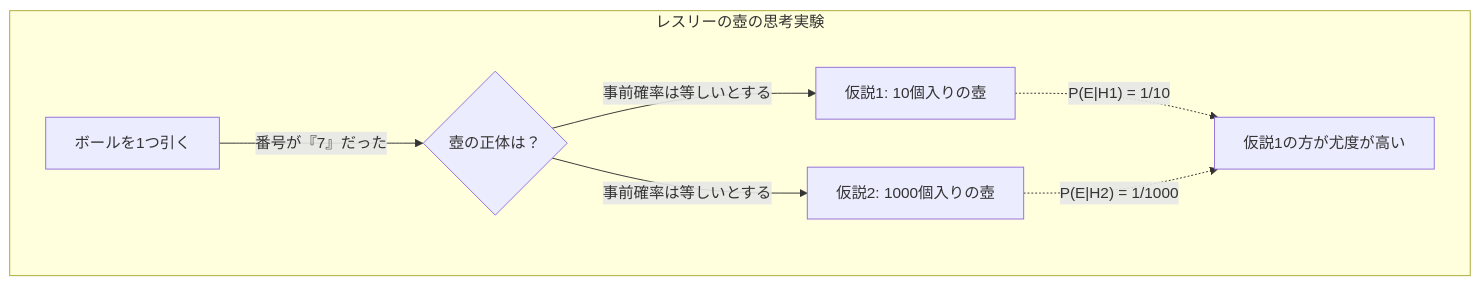
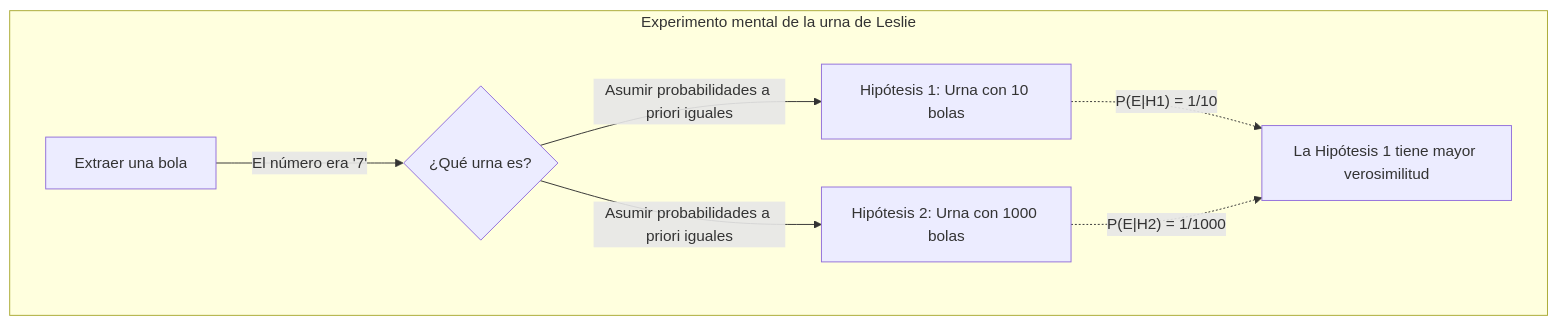
One commit to kenjinote/blog changed the first of 5 diagrams in content/post/doomsday-argument/index.es.md. Above: the diagram before and after it, drawn with Mermaid. The commit also changed other lines of this file and 28 other files, not shown here.

Commit message:
Translate Japanese text inside Mermaid diagrams to respective languages

````diff
--- a/content/post/doomsday-argument/index.es.md
+++ b/content/post/doomsday-argument/index.es.md
@@ -51,10 +51,10 @@
 ```mermaid
 graph TD
-    subgraph "レスリーの壺の思考実験"
-        A["ボールを1つ引く"] -->|"番号が『7』だった"| B{"壺の正体は？"}
-        B -->|"事前確率は等しいとする"| C["仮説1: 10個入りの壺"]
-        B -->|"事前確率は等しいとする"| D["仮説2: 1000個入りの壺"]
-        C -.->|"P(E|H1) = 1/10"| E["仮説1の方が尤度が高い"]
+    subgraph "Experimento mental de la urna de Leslie"
+        A["Extraer una bola"] -->|"El número era '7'"| B{"¿Qué urna es?"}
+        B -->|"Asumir probabilidades a priori iguales"| C["Hipótesis 1: Urna con 10 bolas"]
+        B -->|"Asumir probabilidades a priori iguales"| D["Hipótesis 2: Urna con 1000 bolas"]
+        C -.->|"P(E|H1) = 1/10"| E["La Hipótesis 1 tiene mayor verosimilitud"]
         D -.->|"P(E|H2) = 1/1000"| E
     end
 ```
````
